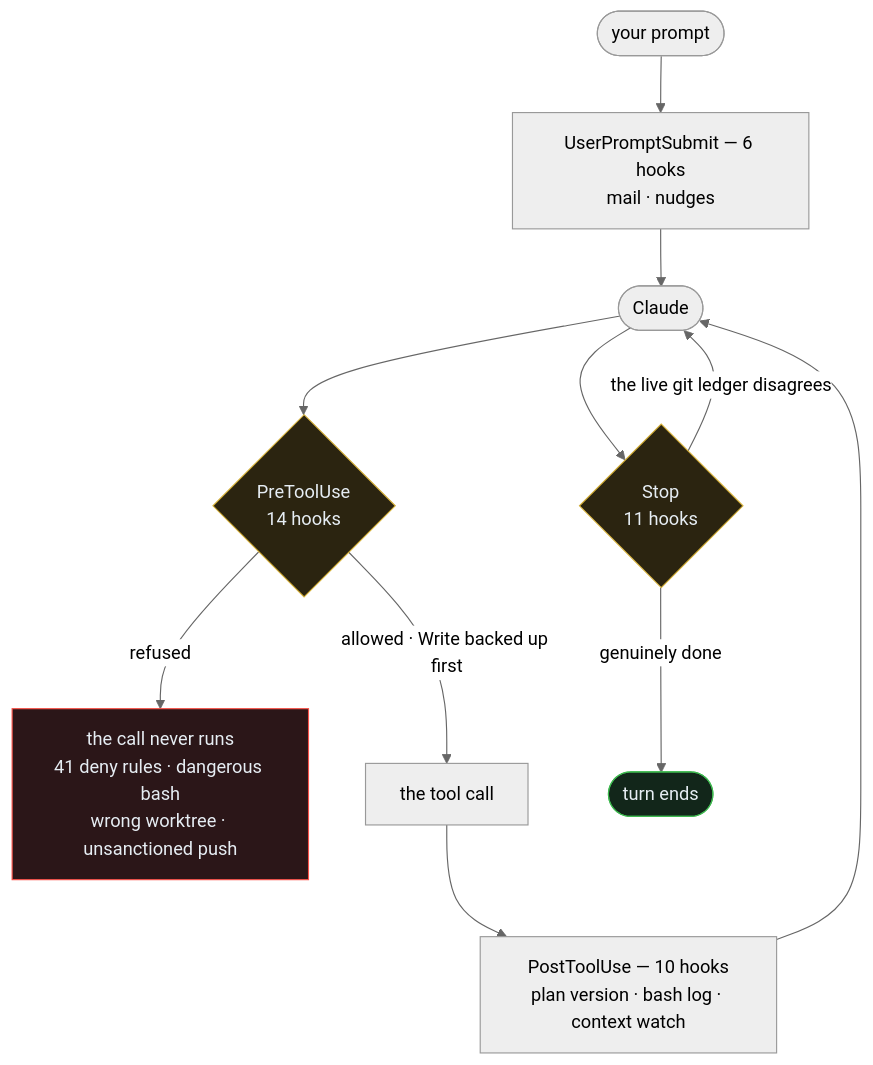
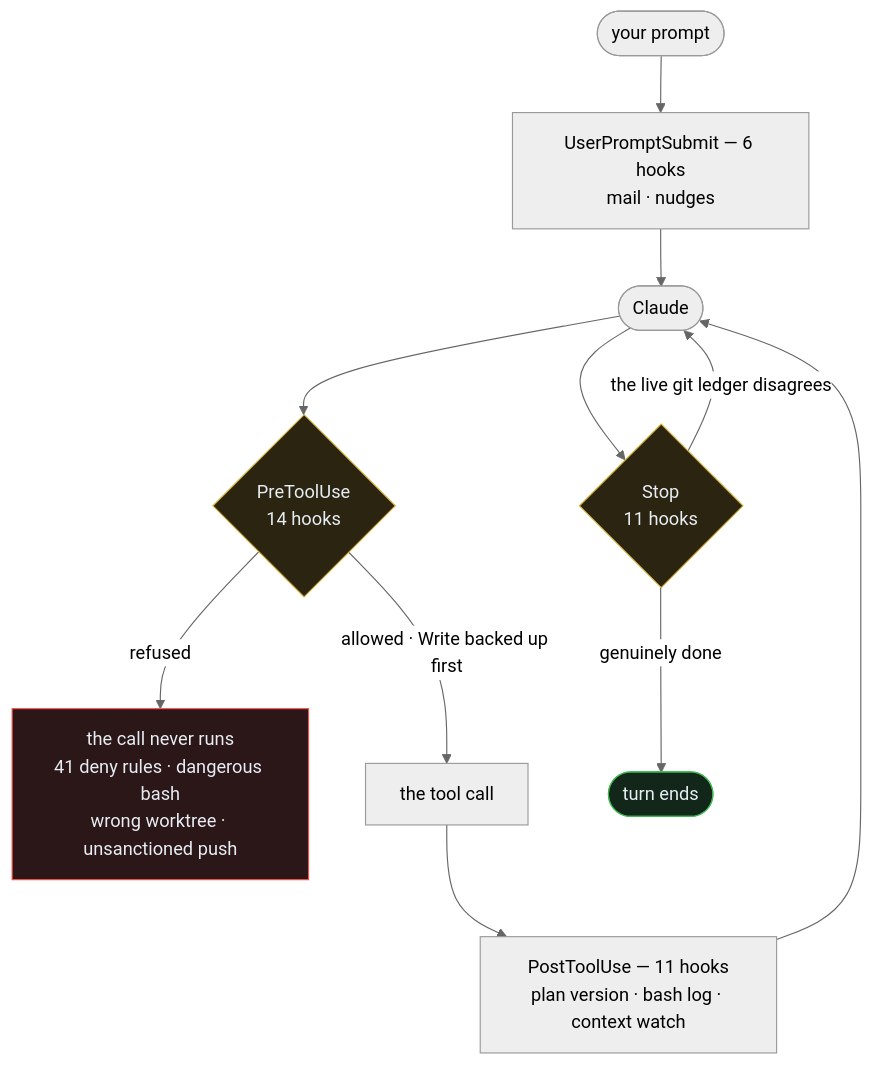
The third of 5 diagrams in README.md (renchris/claude-infrastructure), drawn with Mermaid (neutral theme) before and after one commit. The commit also changed other lines of this file and 12 other files, not shown here.

````diff
--- a/README.md
+++ b/README.md
@@ -203,19 +204,19 @@
 ```mermaid
 flowchart TB
     P(["your prompt"]) --> UPS["UserPromptSubmit — 6 hooks<br/>mail · nudges"]
     UPS --> M(["Claude"])
     M --> Pre{"PreToolUse<br/>14 hooks"}
     Pre -->|"refused"| No["the call never runs<br/>41 deny rules · dangerous bash<br/>wrong worktree · unsanctioned push"]
     Pre -->|"allowed · Write backed up first"| Tool["the tool call"]
-    Tool --> Post["PostToolUse — 10 hooks<br/>plan version · bash log · context watch"]
+    Tool --> Post["PostToolUse — 11 hooks<br/>plan version · bash log · context watch"]
     Post --> M
     M --> Stop{"Stop<br/>11 hooks"}
     Stop -->|"the live git ledger disagrees"| M
     Stop -->|"genuinely done"| End(["turn ends"])
     classDef gate fill:#2b2410,stroke:#d4af37,color:#e6edf3
     classDef no fill:#2b1618,stroke:#f85149,color:#e6edf3
     classDef ok fill:#12261a,stroke:#3fb950,color:#e6edf3
     class Pre,Stop gate
     class No no
     class End ok
 ```
````
